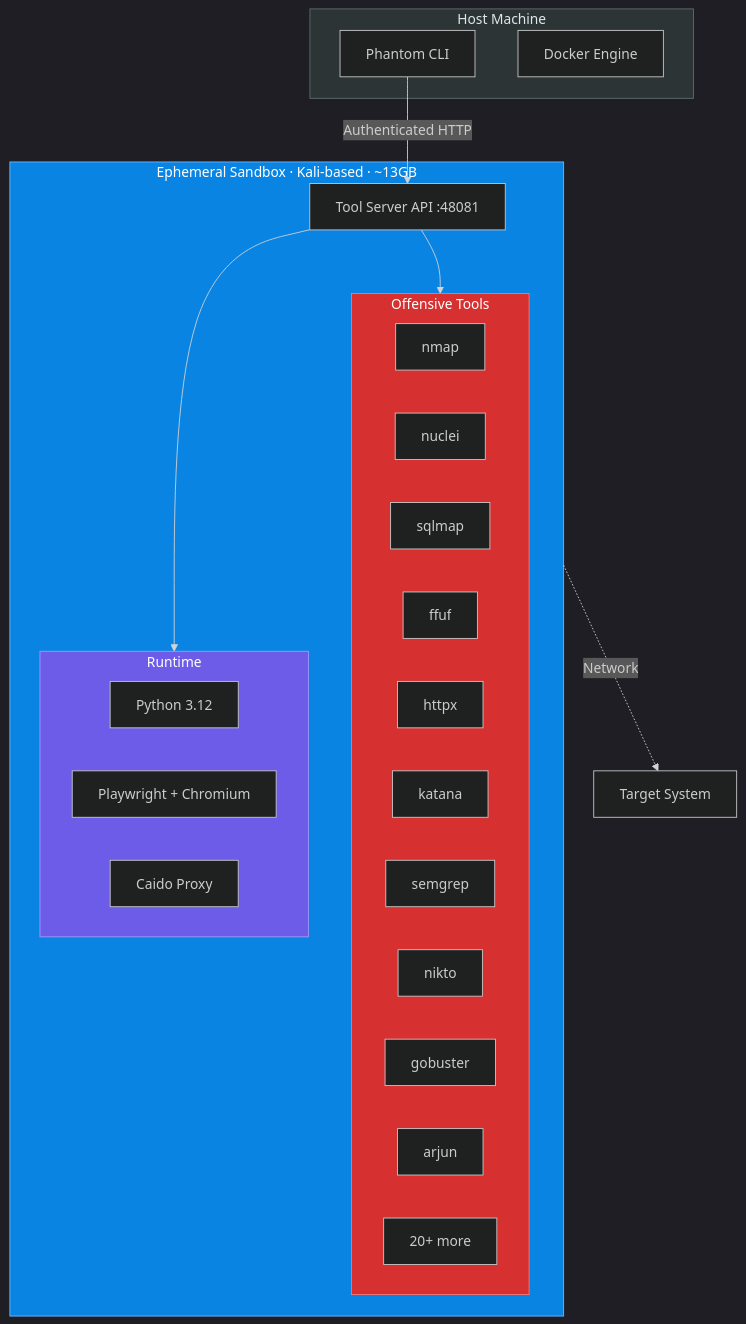
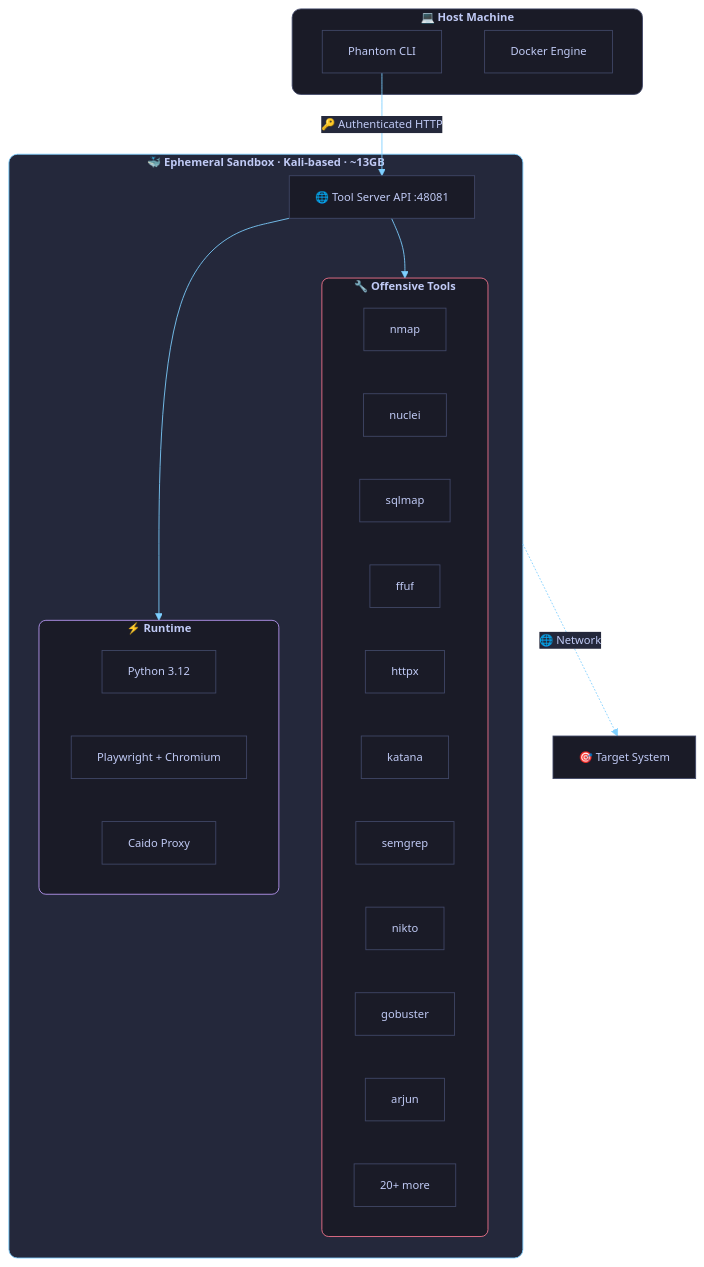
One commit to Usta0x001/Phantom changed the fourth of 4 diagrams in README.md. Above: the diagram before and after it, drawn with Mermaid. The commit also changed other lines of this file and 3 other files, not shown here.

````diff
--- a/README.md
+++ b/README.md
@@ -216,34 +261,36 @@
 ```mermaid
-%%{init: {'theme': 'dark'}}%%
+%%{init: {'theme': 'base', 'themeVariables': {'primaryColor': '#1a1b27', 'primaryTextColor': '#c0caf5', 'primaryBorderColor': '#414868', 'lineColor': '#7dcfff', 'secondaryColor': '#24283b', 'tertiaryColor': '#1a1b27', 'fontSize': '13px'}}}%%
 graph TB
-    subgraph Host["Host Machine"]
+    subgraph Host["<b>💻 Host Machine</b>"]
         CLI["Phantom CLI"]
         Docker["Docker Engine"]
     end
 
-    subgraph Container["Ephemeral Sandbox · Kali-based · ~13GB"]
-        ToolServer["Tool Server API :48081"]
+    subgraph Container["<b>🐳 Ephemeral Sandbox · Kali-based · ~13GB</b>"]
+        ToolServer["🌐 Tool Server API :48081"]
 
-        subgraph Toolkit["Offensive Tools"]
-            nmap & nuclei & sqlmap & ffuf
-            httpx & katana & semgrep & nikto
-            gobuster & arjun & more["20+ more"]
+        subgraph Toolkit["<b>🔧 Offensive Tools</b>"]
+            direction LR
+            nmap["nmap"] & nuclei["nuclei"] & sqlmap["sqlmap"] & ffuf["ffuf"]
+            httpx["httpx"] & katana["katana"] & semgrep["semgrep"] & nikto["nikto"]
+            gobuster["gobuster"] & arjun["arjun"] & more["20+ more"]
         end
 
-        subgraph Runtime["Runtime"]
+        subgraph Runtime["<b>⚡ Runtime</b>"]
+            direction LR
             Python["Python 3.12"]
             PW["Playwright + Chromium"]
             Caido["Caido Proxy"]
         end
     end
 
-    CLI -->|"Authenticated HTTP"| ToolServer
+    CLI -->|"🔑 Authenticated HTTP"| ToolServer
     ToolServer --> Toolkit
     ToolServer --> Runtime
-    Container -.->|"Network"| Target["Target System"]
+    Container -.->|"🌐 Network"| Target["🎯 Target System"]
 
-    style Host fill:#2d3436,stroke:#636e72,color:#dfe6e9
-    style Container fill:#0984e3,stroke:#74b9ff,color:#fff
-    style Toolkit fill:#d63031,stroke:#ff7675,color:#fff
-    style Runtime fill:#6c5ce7,stroke:#a29bfe,color:#fff
+    style Host fill:#1a1b27,stroke:#414868,color:#c0caf5,rx:10
+    style Container fill:#24283b,stroke:#7dcfff,color:#c0caf5,rx:10
+    style Toolkit fill:#1a1b27,stroke:#f7768e,color:#c0caf5,rx:8
+    style Runtime fill:#1a1b27,stroke:#bb9af7,color:#c0caf5,rx:8
 ```
````
